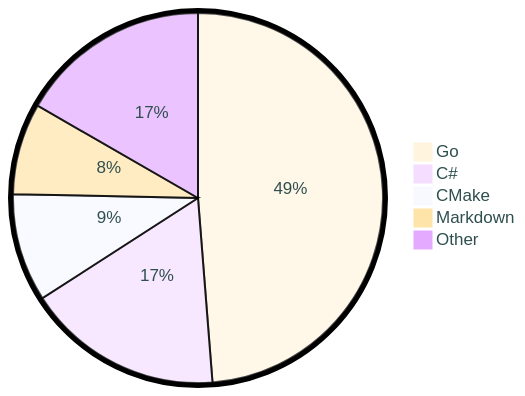
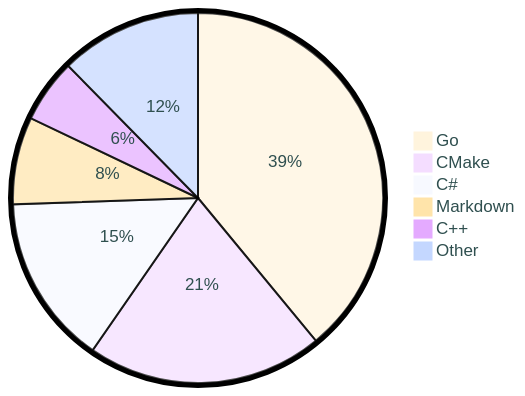
The diagram in README.md (tot0p/tot0p), drawn with Mermaid before and after one commit. The commit also changed other lines of this file, not shown here.

````diff
--- a/README.md
+++ b/README.md
@@ -83,9 +84,10 @@
 ```mermaid
 %%{init: {"pie": {"textPosition": 0.5}, "themeVariables": {"pieOuterStrokeWidth": "5px","primaryTextColor" : "#2F4F4F"},"theme":"base"} }%%
 pie
-	"Go": 48.75
-	"C#": 17.14
-	"CMake": 9.44
-	"Markdown": 7.98
-	"Other": 16.689999999999998
+	"Go": 39.02
+	"CMake": 20.62
+	"C#": 14.82
+	"Markdown": 7.63
+	"C++": 5.56
+	"Other": 12.360000000000001
 ```
````
